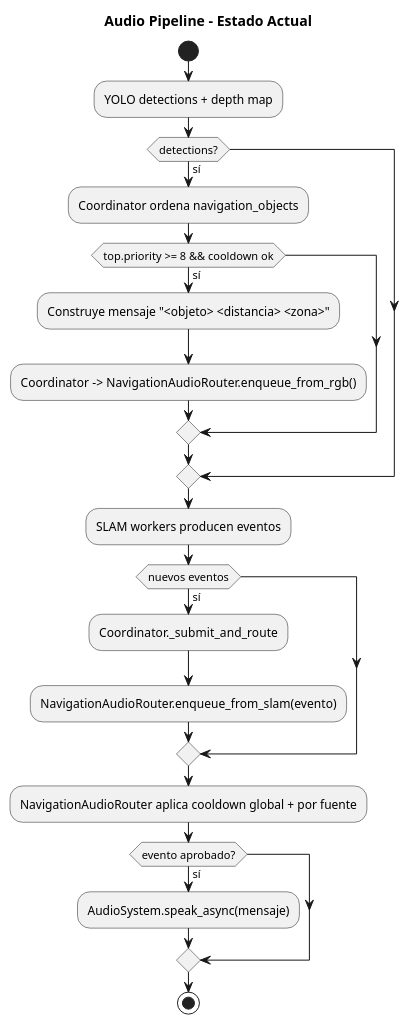
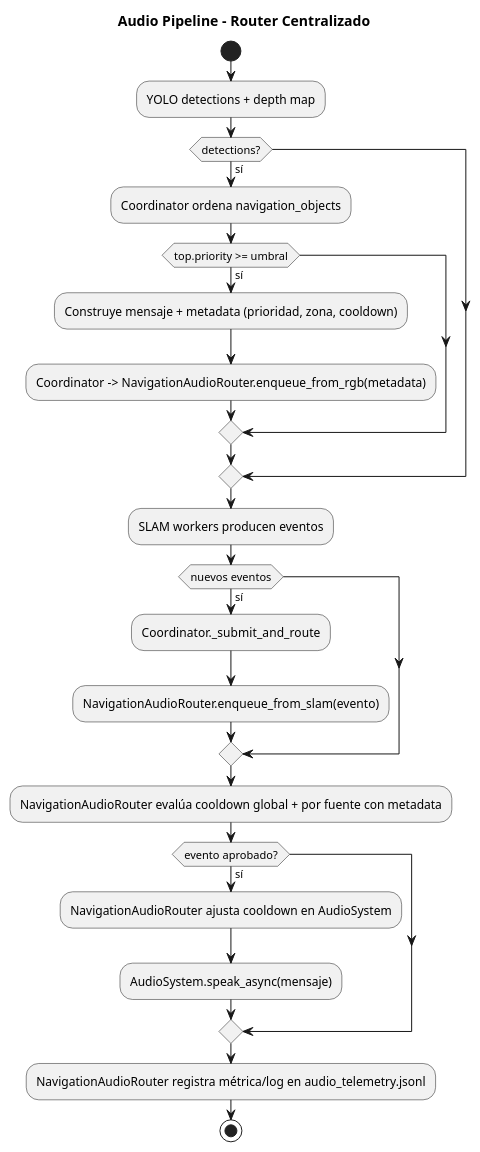
Before and after one commit to robertteleng/aria-nav: the diagram in docs/diagrams/uml/final/x2.puml, drawn with PlantUML. The commit also changed 8 other files, not shown here.

```diff
--- a/docs/diagrams/uml/final/x2.puml
+++ b/docs/diagrams/uml/final/x2.puml
@@ -1,25 +1,27 @@
 @startuml
-title Audio Pipeline - Estado Actual
+title Audio Pipeline - Router Centralizado
 
 start
 :YOLO detections + depth map;
 if (detections?) then (sí)
   :Coordinator ordena navigation_objects;
-  if (top.priority >= 8 && cooldown ok) then (sí)
-    :Construye mensaje "<objeto> <distancia> <zona>";
-    :Coordinator -> NavigationAudioRouter.enqueue_from_rgb();
+  if (top.priority >= umbral) then (sí)
+    :Construye mensaje + metadata (prioridad, zona, cooldown);
+    :Coordinator -> NavigationAudioRouter.enqueue_from_rgb(metadata);
   endif
 endif
 
 :SLAM workers producen eventos;
 if (nuevos eventos) then (sí)
   :Coordinator._submit_and_route;
   :NavigationAudioRouter.enqueue_from_slam(evento);
 endif
 
-:NavigationAudioRouter aplica cooldown global + por fuente;
+:NavigationAudioRouter evalúa cooldown global + por fuente con metadata;
 if (evento aprobado?) then (sí)
+  :NavigationAudioRouter ajusta cooldown en AudioSystem;
   :AudioSystem.speak_async(mensaje);
 endif
+:NavigationAudioRouter registra métrica/log en audio_telemetry.jsonl;
 stop
 @enduml
```
